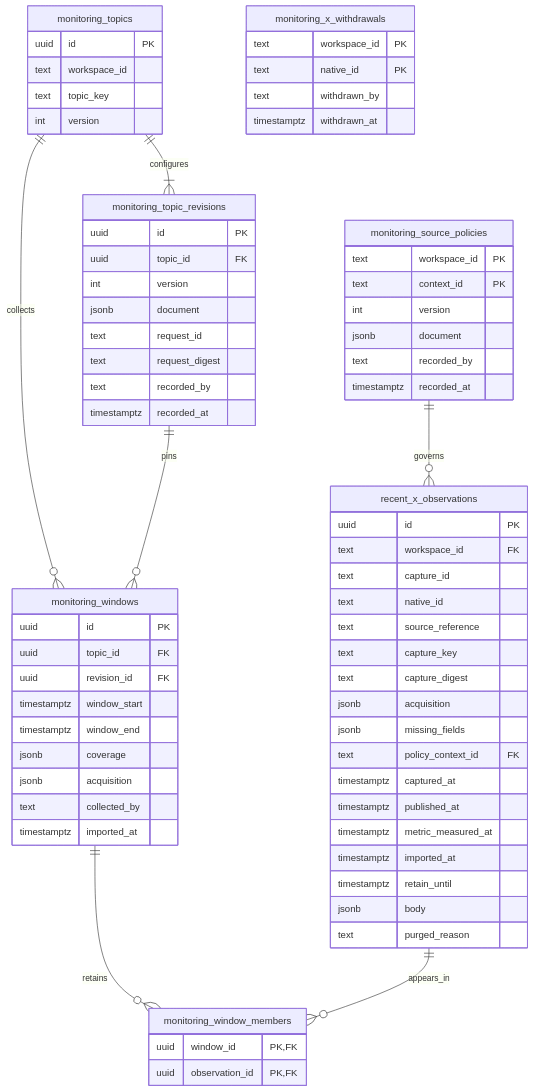
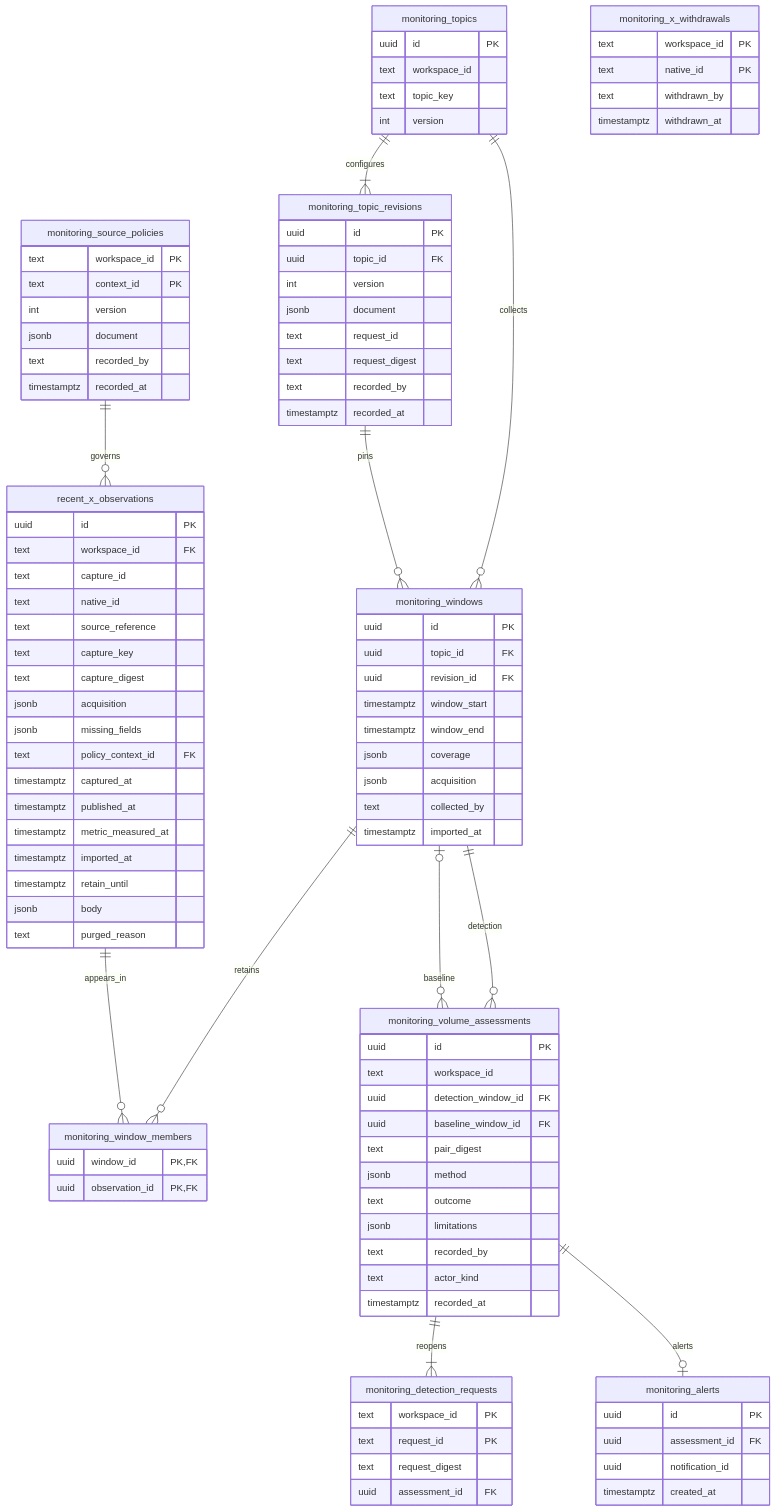
Before and after one commit to jinroylee/social-marketing-intelligence: the fourth of 11 diagrams in docs/data-model.md, drawn with Mermaid. The commit also changed other lines of this file and 29 other files, not shown here.

Commit message:
Add configured X volume assessments and retained local alerts

```diff
--- a/docs/data-model.md
+++ b/docs/data-model.md
@@ -428,6 +428,10 @@
     monitoring_windows ||--o{ monitoring_window_members : retains
     recent_x_observations ||--o{ monitoring_window_members : appears_in
     monitoring_source_policies ||--o{ recent_x_observations : governs
+    monitoring_windows ||--o{ monitoring_volume_assessments : detection
+    monitoring_windows |o--o{ monitoring_volume_assessments : baseline
+    monitoring_volume_assessments ||--|{ monitoring_detection_requests : reopens
+    monitoring_volume_assessments ||--o| monitoring_alerts : alerts
     monitoring_source_policies {
         text workspace_id PK
         text context_id PK
@@ -486,6 +490,31 @@
         uuid window_id PK,FK
         uuid observation_id PK,FK
     }
+    monitoring_volume_assessments {
+        uuid id PK
+        text workspace_id
+        uuid detection_window_id FK
+        uuid baseline_window_id FK
+        text pair_digest
+        jsonb method
+        text outcome
+        jsonb limitations
+        text recorded_by
+        text actor_kind
+        timestamptz recorded_at
+    }
+    monitoring_detection_requests {
+        text workspace_id PK
+        text request_id PK
+        text request_digest
+        uuid assessment_id FK
+    }
+    monitoring_alerts {
+        uuid id PK
+        uuid assessment_id FK
+        uuid notification_id
+        timestamptz created_at
+    }
     monitoring_x_withdrawals {
         text workspace_id PK
         text native_id PK
```
